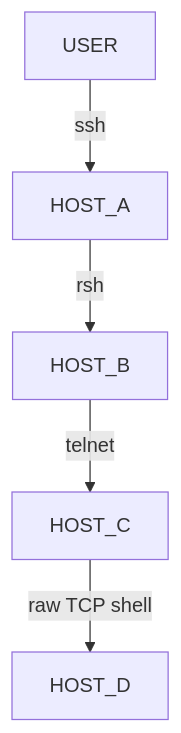
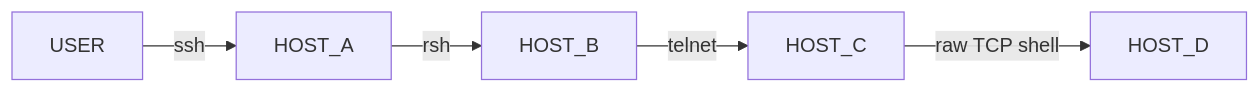
The diagram in README.md (s7ephen/TheFlatline), drawn with Mermaid before and after one commit. The commit also changed other lines of this file and 1 other file, not shown here.

Commit message:
yup, as predicted screwed a few things up and learned Github embedded vids have 10MB limit.

````diff
--- a/README.md
+++ b/README.md
@@ -4,7 +4,7 @@
 ```mermaid
-graph TD;
+graph LR;
     USER-->|ssh| HOST_A;
     HOST_A-->|rsh| HOST_B;
     HOST_B-->|telnet| HOST_C;
     HOST_C-->|raw TCP shell| HOST_D;
 ```
````
